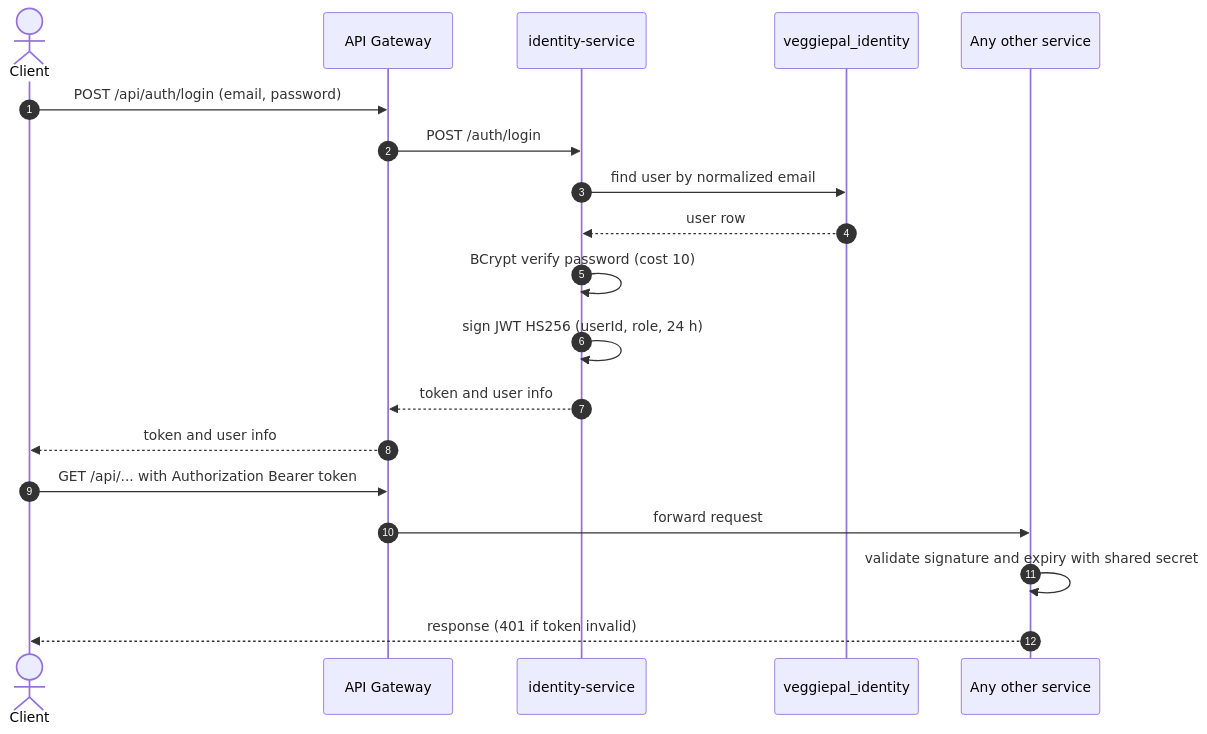
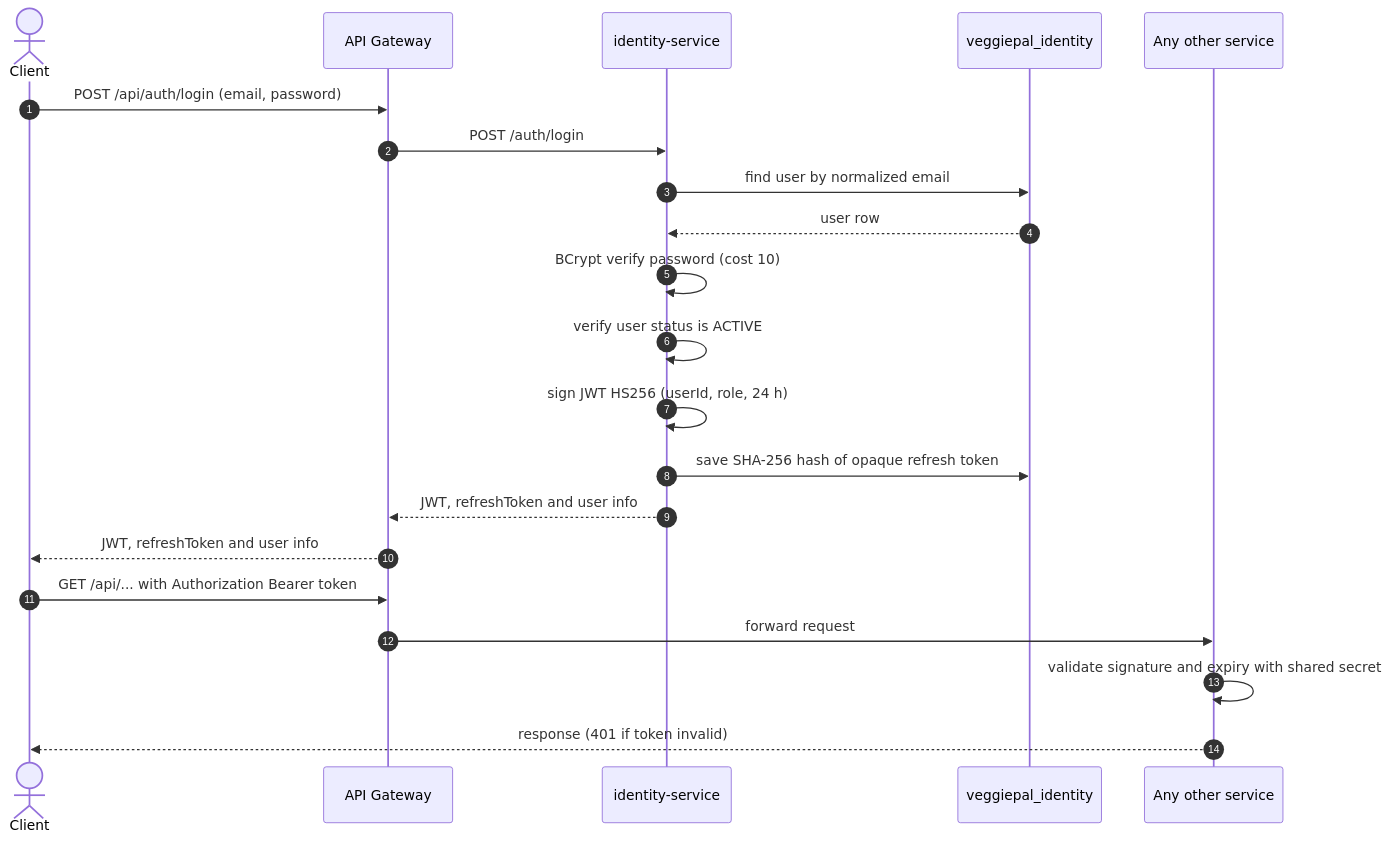
One commit to Phu0312/VeggiePal-Microservice changed diagram 12 of 19 in docs/PRM_CAPSTONE.md. Above: the diagram before and after it, drawn with Mermaid. The commit also changed other lines of this file and 170 other files, not shown here.

````diff
--- a/docs/PRM_CAPSTONE.md
+++ b/docs/PRM_CAPSTONE.md
@@ -822,22 +916,24 @@
 ```mermaid
 sequenceDiagram
     autonumber
     actor C as Client
     participant GW as API Gateway
     participant ID as identity-service
     participant DB as veggiepal_identity
     participant S as Any other service
 
     C->>GW: POST /api/auth/login (email, password)
     GW->>ID: POST /auth/login
     ID->>DB: find user by normalized email
     DB-->>ID: user row
     ID->>ID: BCrypt verify password (cost 10)
+    ID->>ID: verify user status is ACTIVE
     ID->>ID: sign JWT HS256 (userId, role, 24 h)
-    ID-->>GW: token and user info
-    GW-->>C: token and user info
+    ID->>DB: save SHA-256 hash of opaque refresh token
+    ID-->>GW: JWT, refreshToken and user info
+    GW-->>C: JWT, refreshToken and user info
     C->>GW: GET /api/... with Authorization Bearer token
     GW->>S: forward request
     S->>S: validate signature and expiry with shared secret
     S-->>C: response (401 if token invalid)
 ```
````
